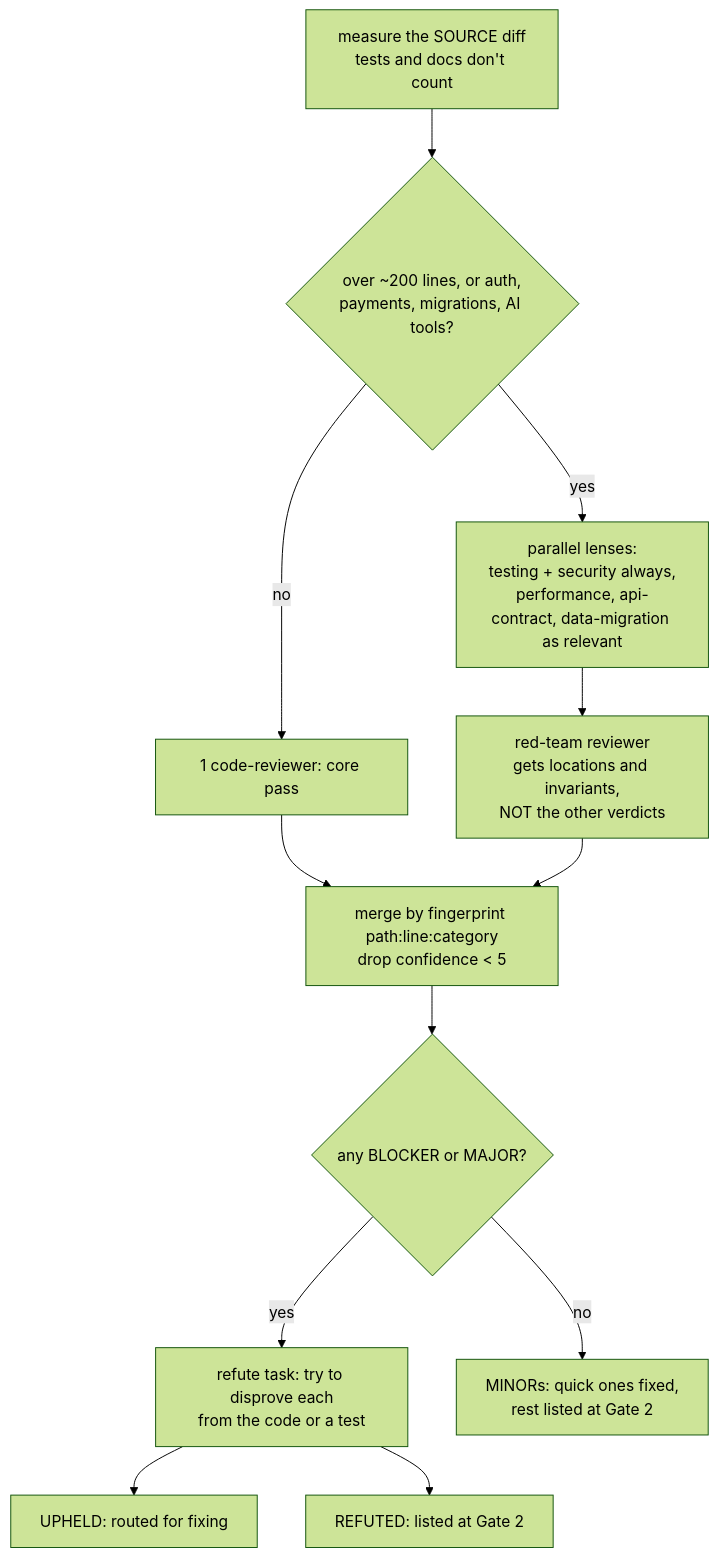
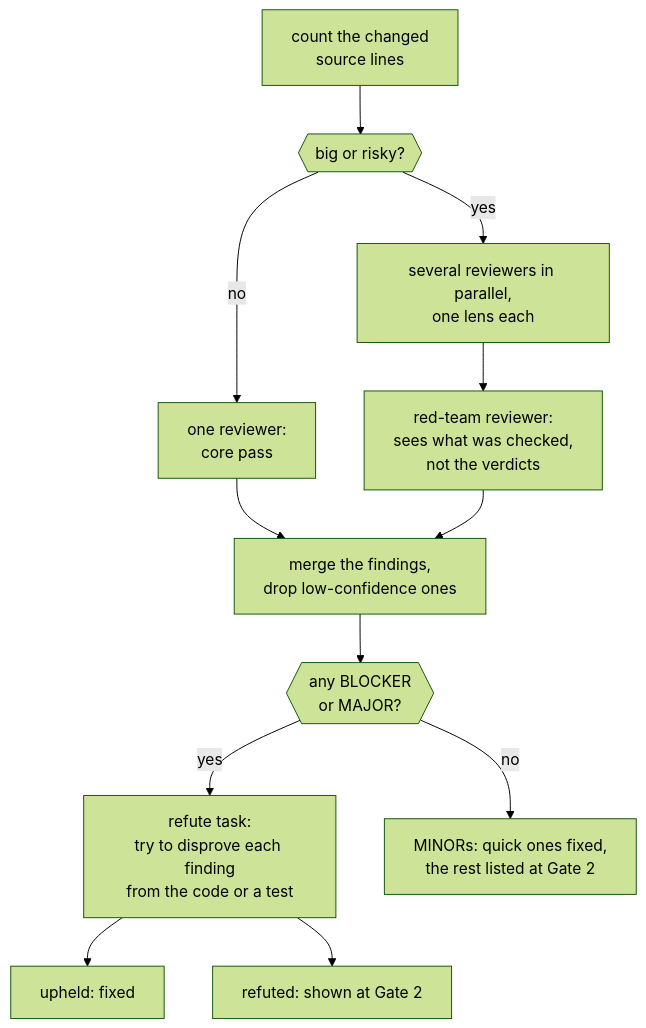
One commit to suryas91/claude-skills changed the sixth of 6 diagrams in docs/flows.md. Above: the diagram before and after it, drawn with Mermaid (forest theme). The commit also changed other lines of this file and 31 other files, not shown here.

````diff
--- a/docs/flows.md
+++ b/docs/flows.md
@@ -139,14 +199,14 @@
 ```mermaid
 flowchart TD
-    M[measure the SOURCE diff<br/>tests and docs don't count] --> Q{over ~200 lines, or auth,<br/>payments, migrations, AI tools?}
-    Q -- no --> CORE[1 code-reviewer: core pass]
-    Q -- yes --> L[parallel lenses:<br/>testing + security always,<br/>performance, api-contract, data-migration as relevant]
-    L --> RT[red-team reviewer<br/>gets locations and invariants,<br/>NOT the other verdicts]
-    CORE --> MERGE
-    RT --> MERGE[merge by fingerprint path:line:category<br/>drop confidence < 5]
-    MERGE --> B{any BLOCKER or MAJOR?}
-    B -- yes --> REF[refute task: try to disprove each<br/>from the code or a test]
-    REF --> UP[UPHELD: routed for fixing]
-    REF --> RF[REFUTED: listed at Gate 2]
-    B -- no --> MIN[MINORs: quick ones fixed,<br/>rest listed at Gate 2]
+    M[count the changed<br/>source lines] --> Q{{big or risky?}}
+    Q -- no --> CORE[one reviewer:<br/>core pass]
+    Q -- yes --> L[several reviewers in parallel,<br/>one lens each]
+    L --> RT[red-team reviewer:<br/>sees what was checked,<br/>not the verdicts]
+    CORE --> MERGE[merge the findings,<br/>drop low-confidence ones]
+    RT --> MERGE
+    MERGE --> B{{any BLOCKER<br/>or MAJOR?}}
+    B -- yes --> REF[refute task:<br/>try to disprove each finding<br/>from the code or a test]
+    REF --> UP[upheld: fixed]
+    REF --> RF[refuted: shown at Gate 2]
+    B -- no --> MIN[MINORs: quick ones fixed,<br/>the rest listed at Gate 2]
 ```
````
